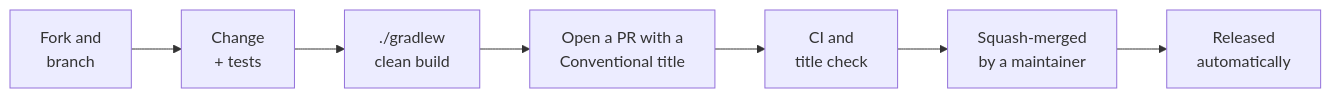
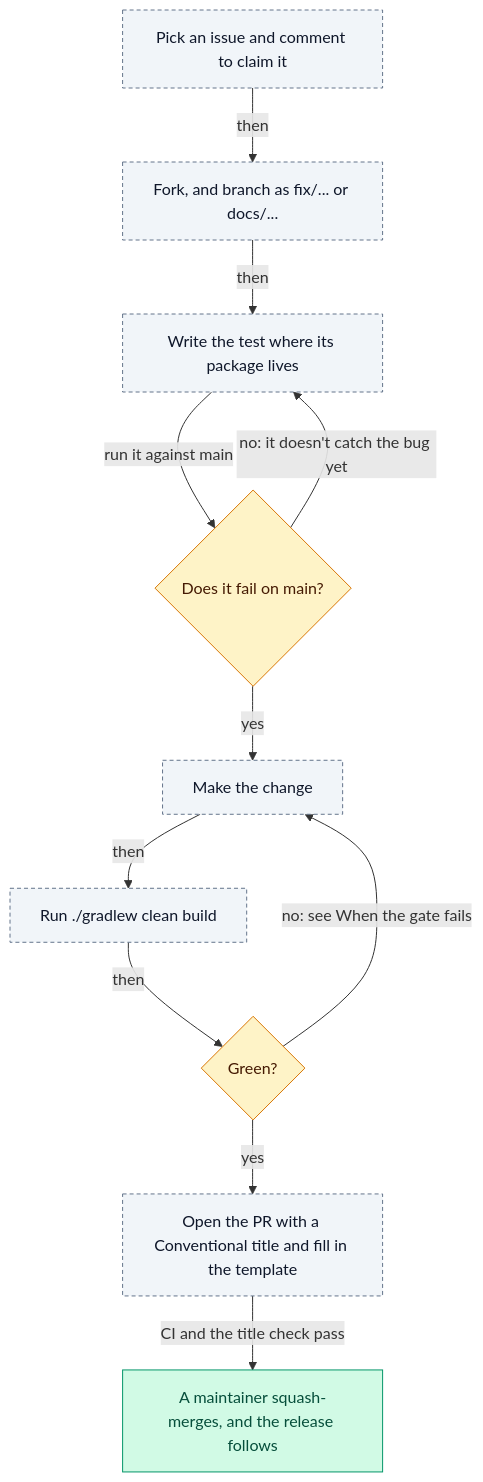
One commit to brantunger/unruly-engine changed the diagram in CONTRIBUTING.md. Above: the diagram before and after it, drawn with Mermaid. The commit also changed other lines of this file and 51 other files, not shown here.

````diff
--- a/CONTRIBUTING.md
+++ b/CONTRIBUTING.md
@@ -126,9 +35,19 @@
 ```mermaid
-flowchart LR
-    A["Fork and<br/>branch"] --> B["Change<br/>+ tests"]
-    B --> C["./gradlew<br/>clean build"]
-    C --> D["Open a PR with a<br/>Conventional title"]
-    D --> E["CI and<br/>title check"]
-    E --> F["Squash-merged<br/>by a maintainer"]
-    F --> G["Released<br/>automatically"]
+flowchart TD
+    A["Pick an issue and comment to claim it"] -- "then" --> B["Fork, and branch as fix/... or docs/..."]
+    B -- "then" --> C["Write the test where its package lives"]
+    C -- "run it against main" --> D{"Does it fail on main?"}
+    D -- "no: it doesn't catch the bug yet" --> C
+    D -- "yes" --> E["Make the change"]
+    E -- "then" --> F["Run ./gradlew clean build"]
+    F -- "then" --> G{"Green?"}
+    G -- "no: see When the gate fails" --> E
+    G -- "yes" --> H["Open the PR with a Conventional title and fill in the template"]
+    H -- "CI and the title check pass" --> I["A maintainer squash-merges, and the release follows"]
+    class A,B,C,E,F,H yours
+    class D,G decision
+    class I ok
+    classDef decision fill:#fef3c7,stroke:#d97706,color:#451a03
+    classDef ok       fill:#d1fae5,stroke:#059669,color:#064e3b
+    classDef yours    fill:#f1f5f9,stroke:#64748b,color:#0f172a,stroke-dasharray:4 3
 ```
````
